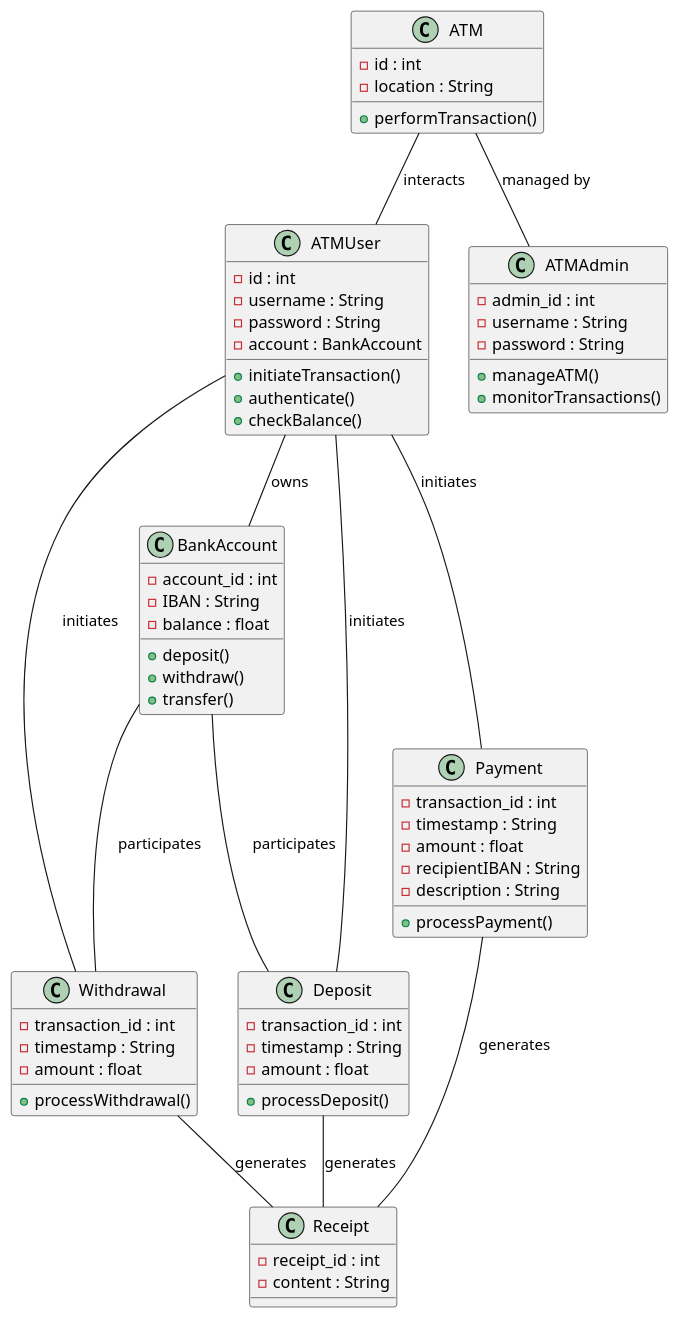
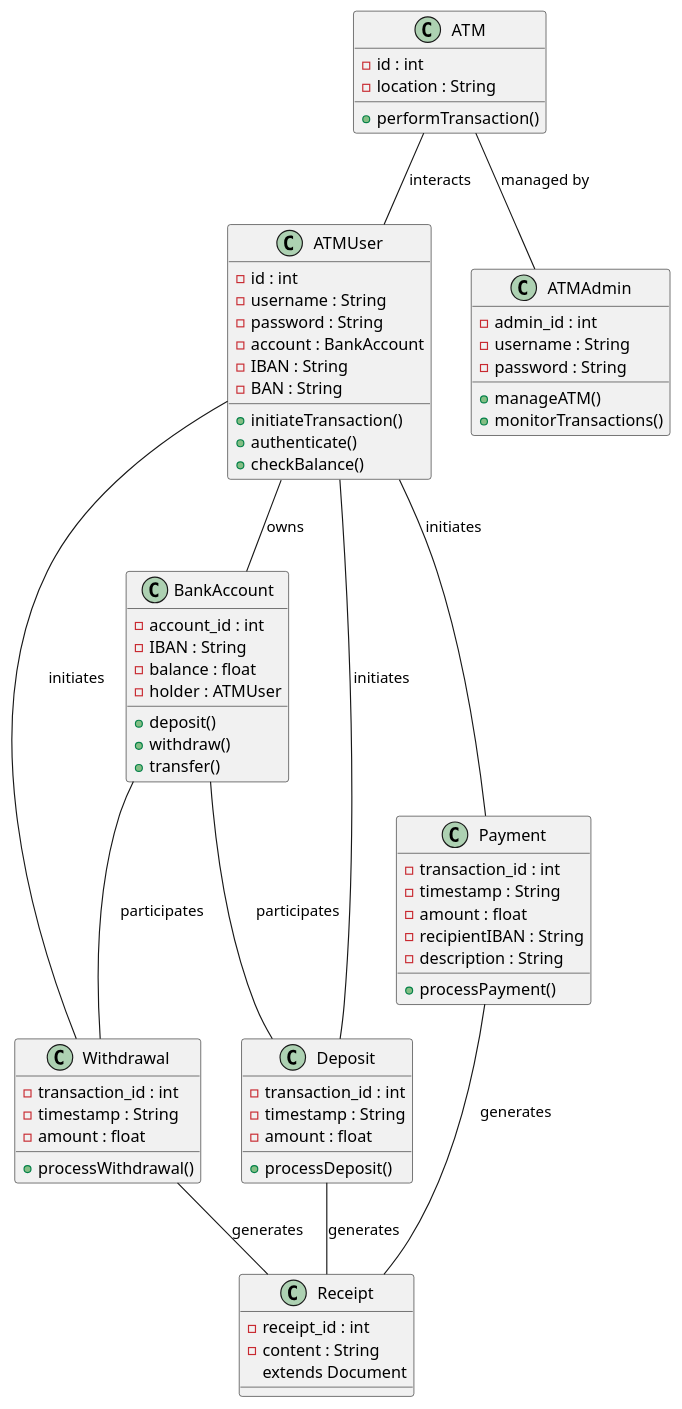
Before and after one commit to brunoUpskill2/ProjetoATM: the diagram in Diagramas/userCase.plantuml, drawn with PlantUML.

Commit message:
added into ATMUser and BankAccount

```diff
--- a/Diagramas/userCase.plantuml
+++ b/Diagramas/userCase.plantuml
@@ -1,76 +1,80 @@
 @startuml ATMSystem
 
 class ATM {
     -id : int
     -location : String
     +performTransaction()
 }
 
 class ATMUser {
     -id : int
     -username : String
     -password : String
     -account : BankAccount
+    -IBAN : String
+    -BAN : String
     +initiateTransaction()
     +authenticate()
     +checkBalance()
 }
 
 class ATMAdmin {
     -admin_id : int
     -username : String
     -password : String
     +manageATM()
     +monitorTransactions()
 }
 
 class BankAccount {
     -account_id : int
     -IBAN : String
     -balance : float
+    -holder : ATMUser
     +deposit()
     +withdraw()
     +transfer()
 }
 
 class Deposit {
     -transaction_id : int
     -timestamp : String
     -amount : float
     +processDeposit()
 }
 
 class Withdrawal {
     -transaction_id : int
     -timestamp : String
     -amount : float
     +processWithdrawal()
 }
 
 class Payment {
     -transaction_id : int
     -timestamp : String
     -amount : float
     -recipientIBAN : String
     -description : String
     +processPayment()
 }
 
 class Receipt {
     -receipt_id : int
     -content : String
+    extends Document
 }
 
 ATM -- ATMUser : interacts
 ATM -- ATMAdmin : managed by
 ATMUser -- BankAccount : owns
 ATMUser -- Deposit : initiates
 ATMUser -- Withdrawal : initiates
 ATMUser -- Payment : initiates
 BankAccount -- Deposit : participates
 BankAccount -- Withdrawal : participates
 Payment -- Receipt : generates
 Deposit -- Receipt : generates
 Withdrawal -- Receipt : generates
 
 @enduml
```
